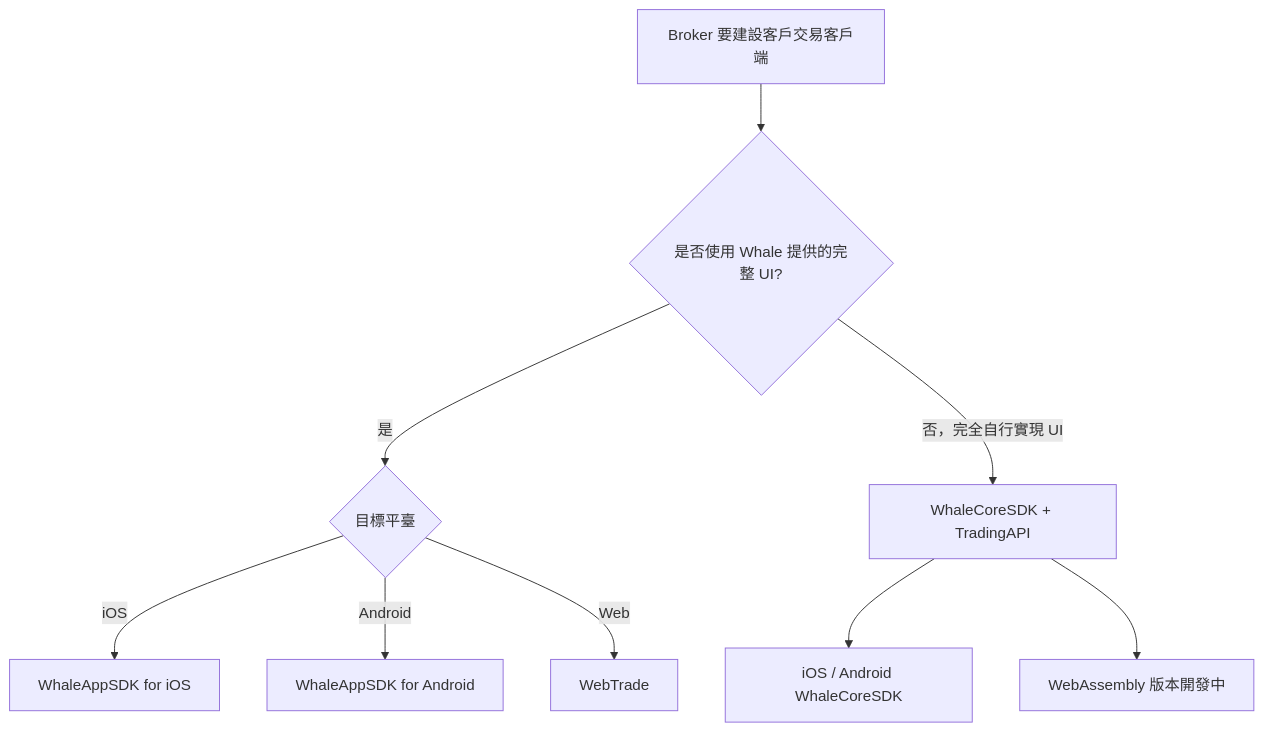
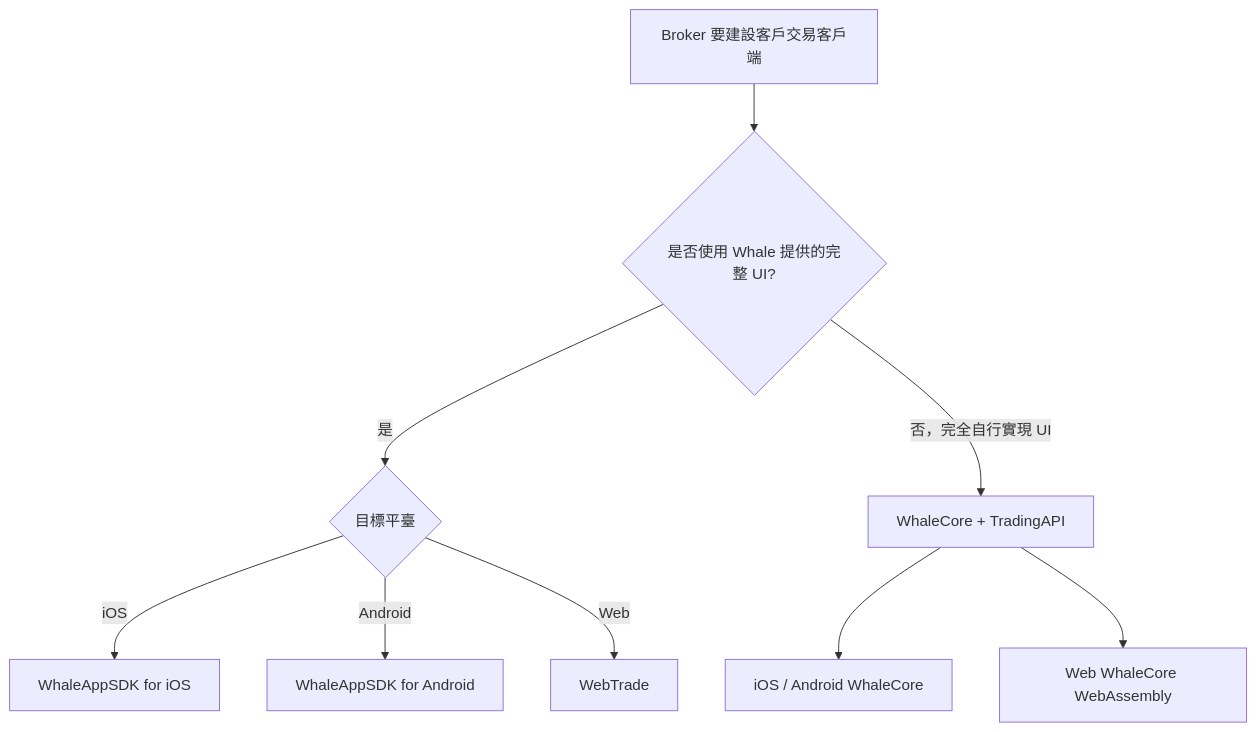
One commit to longbridge/whale-docs changed the diagram in docs/zh-HK/docs/integration-options.mdx. Above: the diagram before and after it, drawn with Mermaid. The commit also changed other lines of this file and 58 other files, not shown here.

First line of the commit message:
docs: clarify TradingAPI runs through WhaleCore, rename WhaleCoreSDK to WhaleCore, and sync SDK/TradingAPI updates (#70)

````diff
--- a/docs/zh-HK/docs/integration-options.mdx
+++ b/docs/zh-HK/docs/integration-options.mdx
@@ -22,11 +22,11 @@
 ```mermaid
 flowchart TD
     A[Broker 要建設客戶交易客戶端] --> B{是否使用 Whale 提供的完整 UI?}
     B -- 是 --> C{目標平臺}
     C -- iOS --> D[WhaleAppSDK for iOS]
     C -- Android --> E[WhaleAppSDK for Android]
     C -- Web --> F[WebTrade]
-    B -- 否，完全自行實現 UI --> G[WhaleCoreSDK + TradingAPI]
-    G --> H[iOS / Android WhaleCoreSDK]
-    G --> I[WebAssembly 版本開發中]
+    B -- 否，完全自行實現 UI --> G[WhaleCore + TradingAPI]
+    G --> H[iOS / Android WhaleCore]
+    G --> I[Web WhaleCore WebAssembly]
 ```
````
